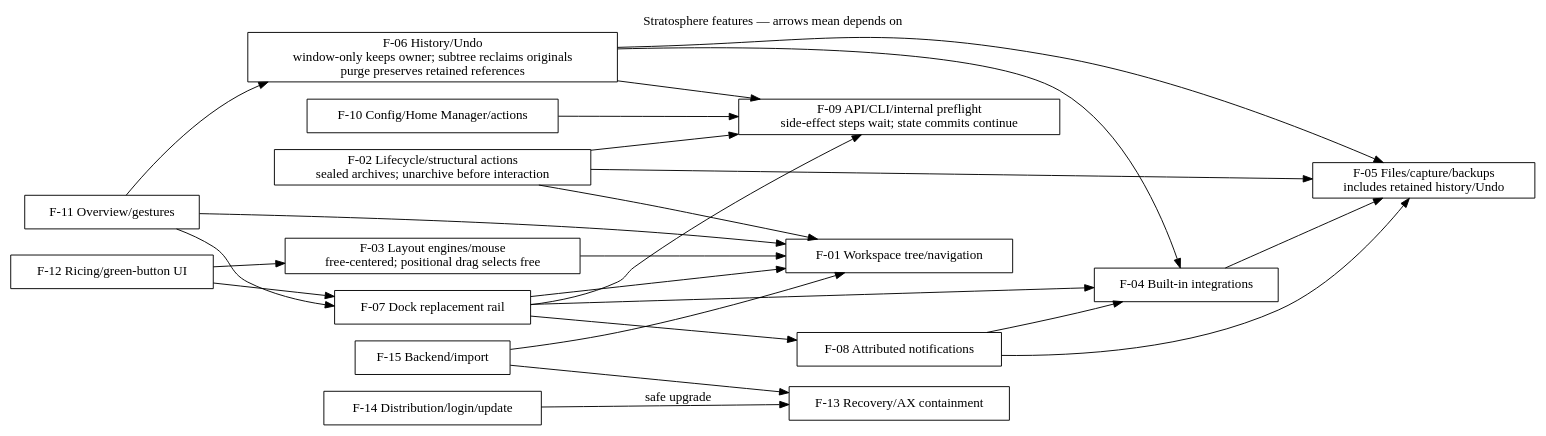
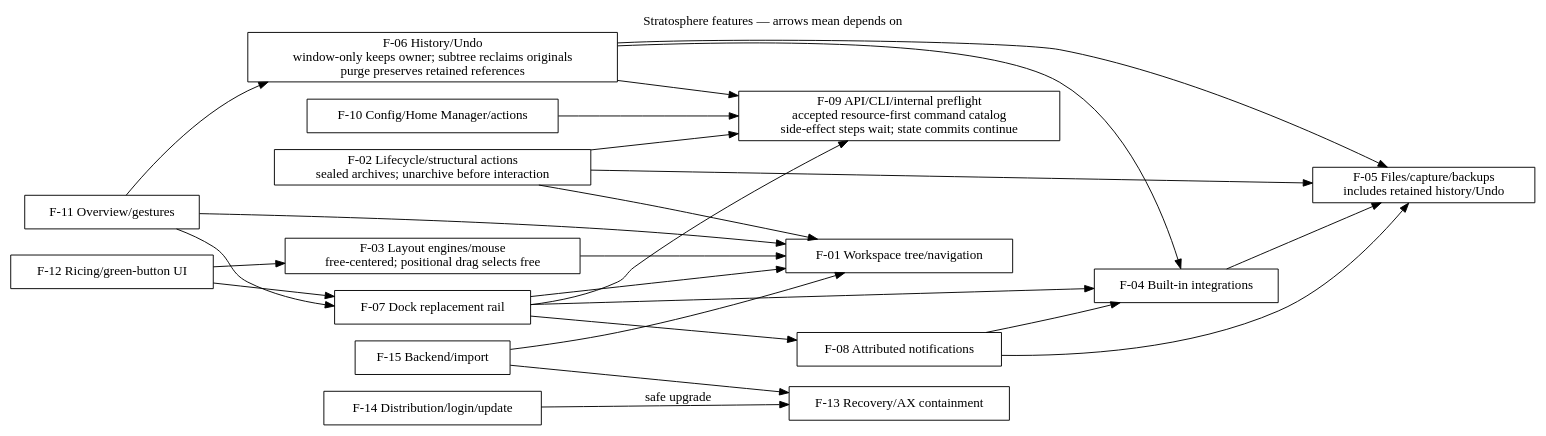
One commit to florius0/stratosphere changed the diagram in docs/feature-map.dot. Above: the diagram before and after it, drawn with Graphviz. The commit also changed 8 other files, not shown here.

```diff
--- a/docs/feature-map.dot
+++ b/docs/feature-map.dot
@@ -1,30 +1,30 @@
 digraph Features {
   graph [rankdir=LR, label="Stratosphere features — arrows mean depends on", labelloc=t];
   node [shape=box];
   F01 [label="F-01 Workspace tree/navigation"];
   F02 [label="F-02 Lifecycle/structural actions\nsealed archives; unarchive before interaction"];
   F03 [label="F-03 Layout engines/mouse\nfree-centered; positional drag selects free"];
   F04 [label="F-04 Built-in integrations"];
   F05 [label="F-05 Files/capture/backups\nincludes retained history/Undo"];
   F06 [label="F-06 History/Undo\nwindow-only keeps owner; subtree reclaims originals\npurge preserves retained references"];
   F07 [label="F-07 Dock replacement rail"];
   F08 [label="F-08 Attributed notifications"];
-  F09 [label="F-09 API/CLI/internal preflight\nside-effect steps wait; state commits continue"];
+  F09 [label="F-09 API/CLI/internal preflight\naccepted resource-first command catalog\nside-effect steps wait; state commits continue"];
   F10 [label="F-10 Config/Home Manager/actions"];
   F11 [label="F-11 Overview/gestures"];
   F12 [label="F-12 Ricing/green-button UI"];
   F13 [label="F-13 Recovery/AX containment"];
   F14 [label="F-14 Distribution/login/update"];
   F15 [label="F-15 Backend/import"];
   F02 -> {F01 F05 F09};
   F03 -> F01;
   F04 -> F05;
   F06 -> {F04 F05 F09};
   F07 -> {F01 F04 F08 F09};
   F08 -> {F04 F05};
   F10 -> F09;
   F11 -> {F01 F06 F07};
   F12 -> {F03 F07};
   F15 -> {F01 F13};
   F14 -> F13 [label="safe upgrade"];
 }
```
